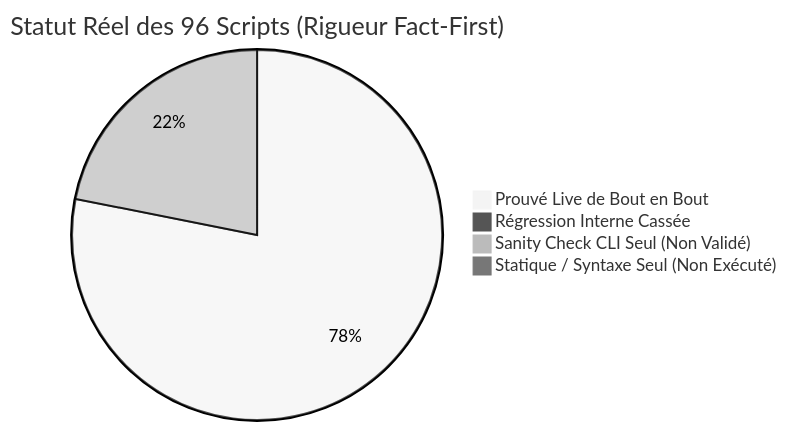
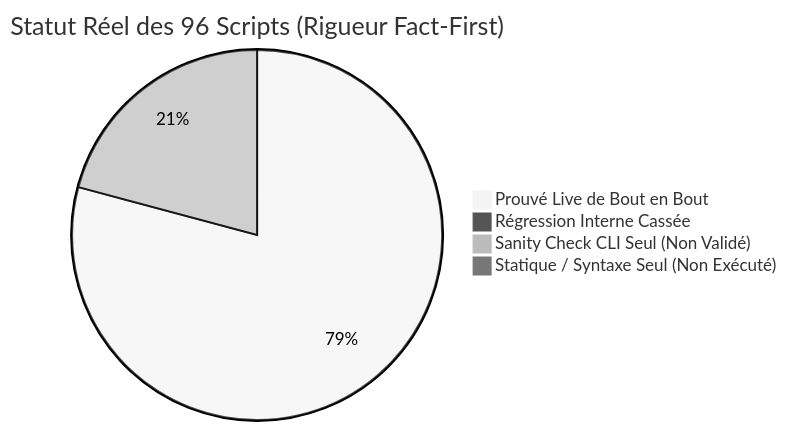
One commit to yoyonel/pydbsrt changed the diagram in docs/reference/2026-11-10-audit-exhaustif-scripts-regressions.md. Above: the diagram before and after it, drawn with Mermaid (neutral theme). The commit also changed other lines of this file and 2 other files, not shown here.

Commit message:
fix(ingestion): dynamic root, absolute paths and cli check mode in audit cuts pipeline (#69)

````diff
--- a/docs/reference/2026-11-10-audit-exhaustif-scripts-regressions.md
+++ b/docs/reference/2026-11-10-audit-exhaustif-scripts-regressions.md
@@ -16,7 +16,7 @@
 ```mermaid
 pie title Statut Réel des 96 Scripts (Rigueur Fact-First)
-    "Prouvé Live de Bout en Bout" : 75
+    "Prouvé Live de Bout en Bout" : 76
     "Régression Interne Cassée" : 0
-    "Sanity Check CLI Seul (Non Validé)" : 21
+    "Sanity Check CLI Seul (Non Validé)" : 20
     "Statique / Syntaxe Seul (Non Exécuté)" : 0
 ```
````
